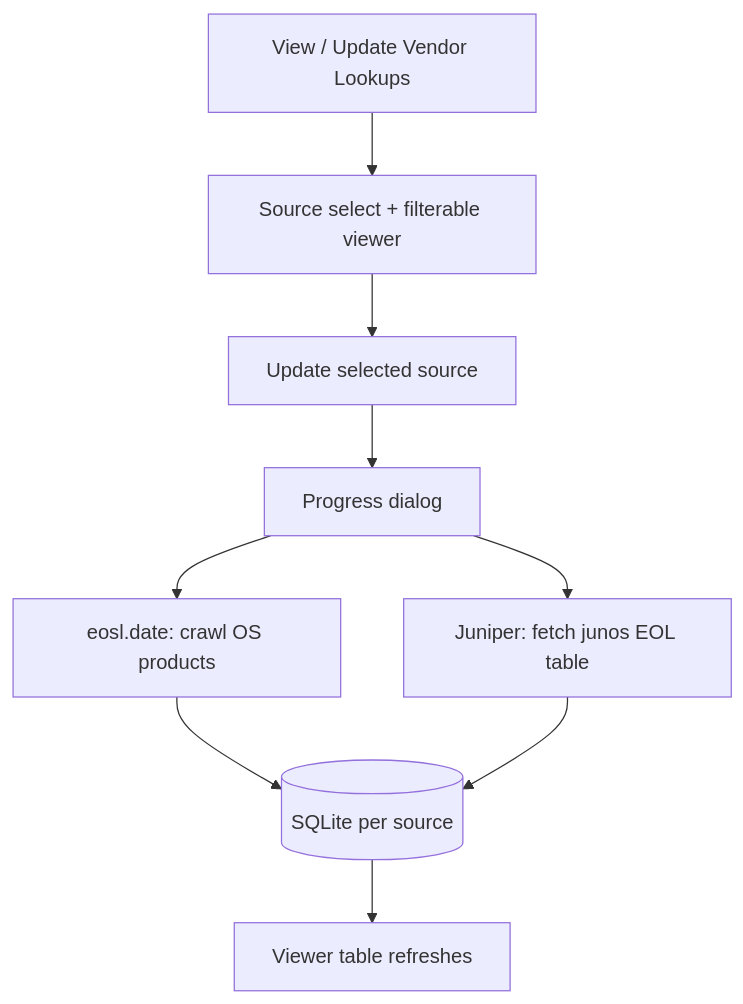
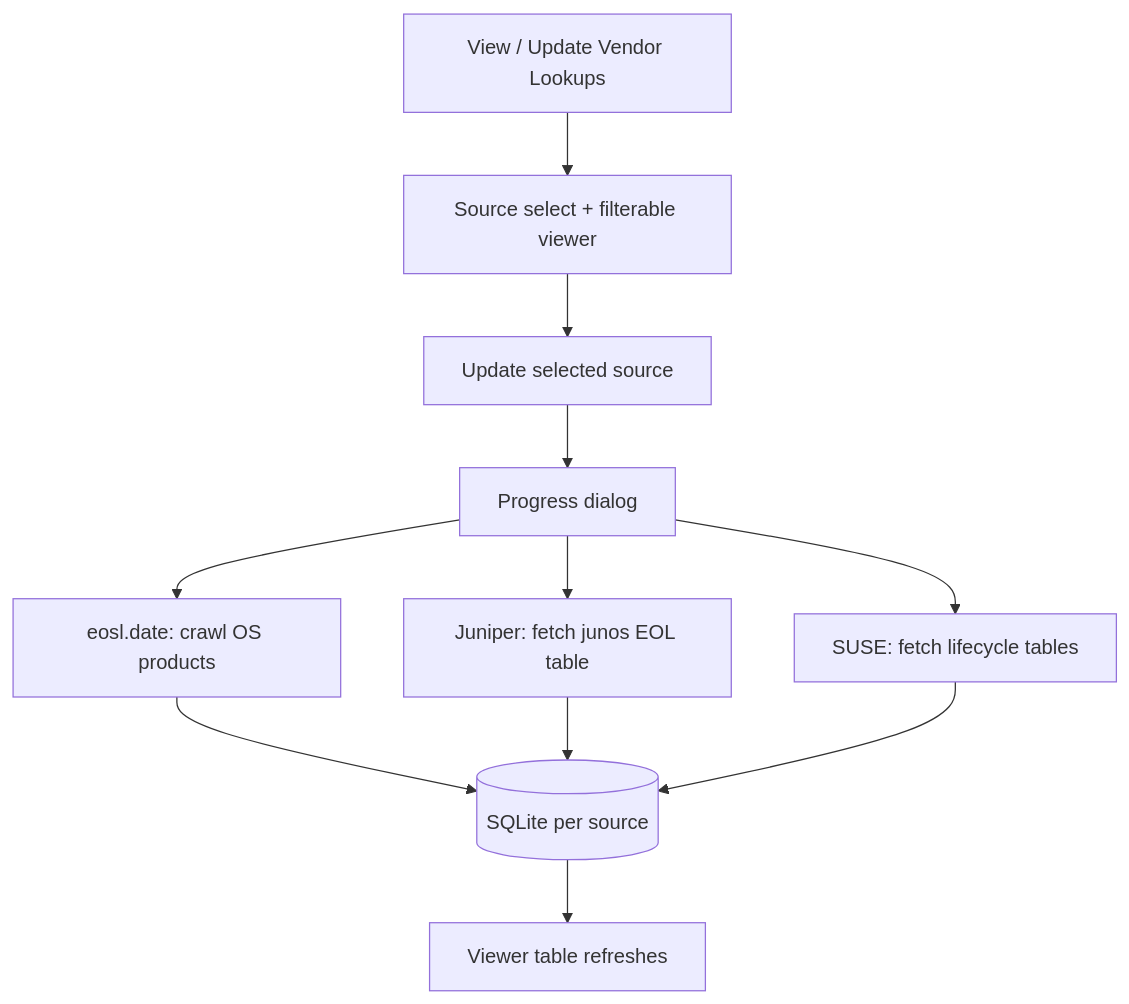
Before and after one commit to jibinge0rge/OS-Health-Check: the sixth of 7 diagrams in README.md, drawn with Mermaid. The commit also changed other lines of this file and 7 other files, not shown here.

First line of the commit message:
Add SUSE lifecycle support and enhance vendor lookup functionality

````diff
--- a/README.md
+++ b/README.md
@@ -319,11 +336,13 @@
 ```mermaid
 flowchart TD
   View[View / Update Vendor Lookups] --> Modal[Source select + filterable viewer]
   Modal --> U[Update selected source]
   U --> Prog[Progress dialog]
   Prog --> EoslPath[eosl.date: crawl OS products]
   Prog --> JunosPath[Juniper: fetch junos EOL table]
+  Prog --> SusePath[SUSE: fetch lifecycle tables]
   EoslPath --> Store[(SQLite per source)]
   JunosPath --> Store
+  SusePath --> Store
   Store --> RefreshUI[Viewer table refreshes]
 ```
````
